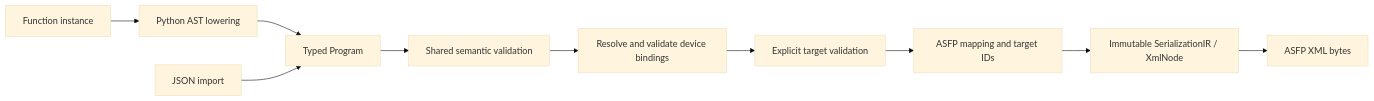
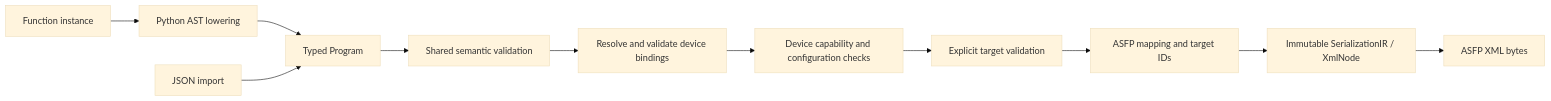
One commit to TsumiNa/sciloom changed the diagram in docs/13_ASFP_COMPILER.md. Above: the diagram before and after it, drawn with Mermaid (base theme). The commit also changed other lines of this file and 67 other files, not shown here.

First line of the commit message:
Stage device configuration until explicit start (#25)

````diff
--- a/docs/13_ASFP_COMPILER.md
+++ b/docs/13_ASFP_COMPILER.md
@@ -96,10 +96,11 @@
 ```mermaid
 flowchart LR
     Python["Function instance"] --> Lower["Python AST lowering"] --> Semantic["Typed Program"]
     JSON["JSON import"] --> Semantic
     Semantic --> Validate["Shared semantic validation"]
     Validate --> Bind["Resolve and validate device bindings"]
-    Bind --> Target["Explicit target validation"] --> Backend["ASFP mapping and target IDs"]
+    Bind --> Configuration["Device capability and configuration checks"]
+    Configuration --> Target["Explicit target validation"] --> Backend["ASFP mapping and target IDs"]
     Backend --> SIR["Immutable SerializationIR / XmlNode"]
     SIR --> XML["ASFP XML bytes"]
 ```
````
